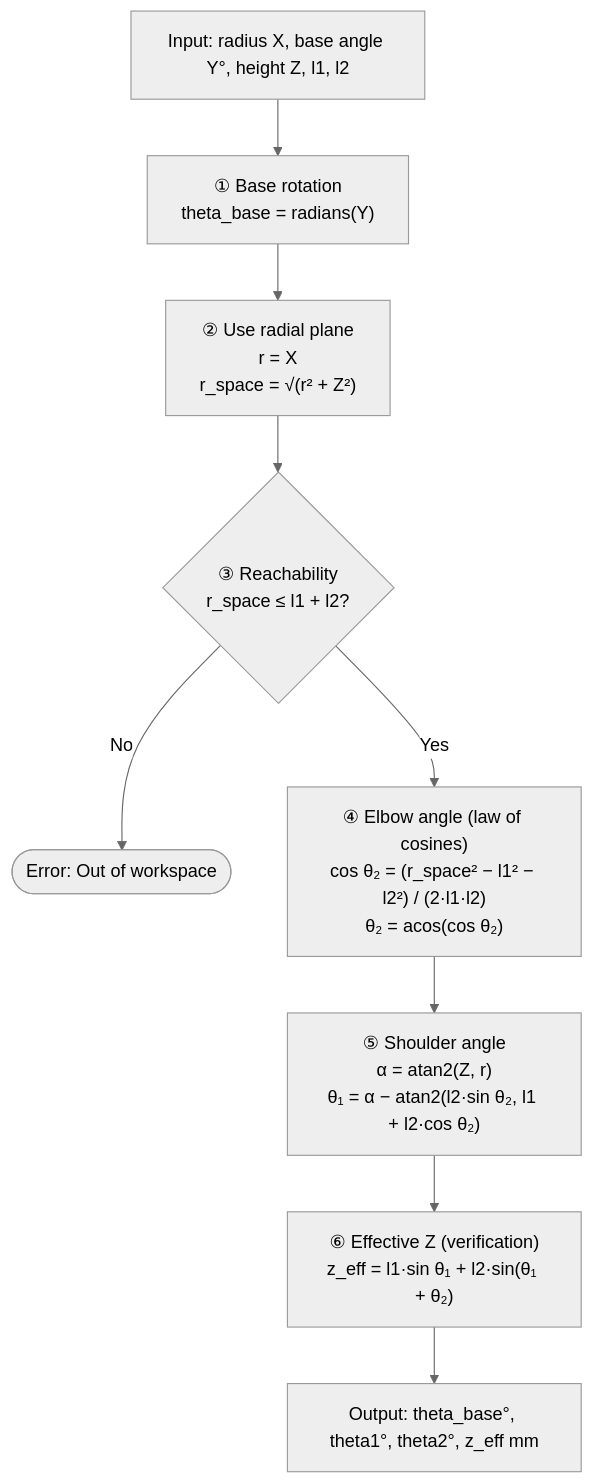
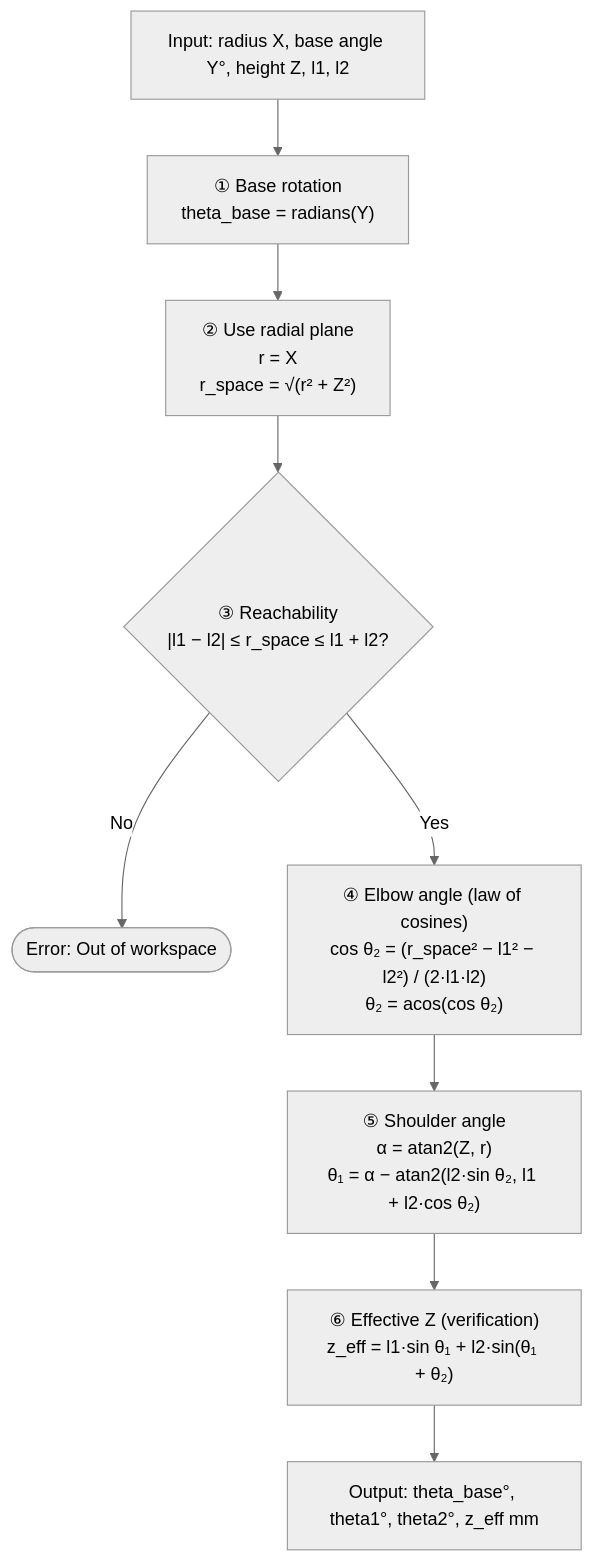
One commit to Flxx94/Roboterarm-HASE changed the fourth of 5 diagrams in README.md. Above: the diagram before and after it, drawn with Mermaid (neutral theme). The commit also changed other lines of this file, not shown here.

````diff
--- a/README.md
+++ b/README.md
@@ -424,16 +450,16 @@
 ```mermaid
 flowchart TD
     IN["Input: radius X, base angle Y°, height Z, l1, l2"]
     S1["① Base rotation\ntheta_base = radians(Y)"]
     S2["② Use radial plane\nr = X\nr_space = √(r² + Z²)"]
-    S3{"③ Reachability\nr_space ≤ l1 + l2?"}
+    S3{"③ Reachability\n|l1 − l2| ≤ r_space ≤ l1 + l2?"}
     ERR(["Error: Out of workspace"])
     S4["④ Elbow angle (law of cosines)\ncos θ₂ = (r_space² − l1² − l2²) / (2·l1·l2)\nθ₂ = acos(cos θ₂)"]
     S5["⑤ Shoulder angle\nα = atan2(Z, r)\nθ₁ = α − atan2(l2·sin θ₂, l1 + l2·cos θ₂)"]
     S6["⑥ Effective Z (verification)\nz_eff = l1·sin θ₁ + l2·sin(θ₁ + θ₂)"]
     OUT["Output: theta_base°, theta1°, theta2°, z_eff mm"]
 
     IN --> S1 --> S2 --> S3
     S3 -- No --> ERR
     S3 -- Yes --> S4 --> S5 --> S6 --> OUT
 ```
````
